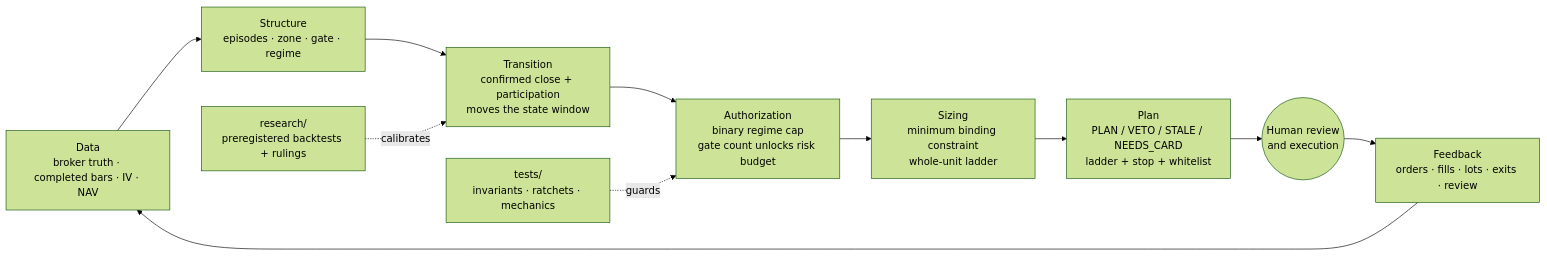
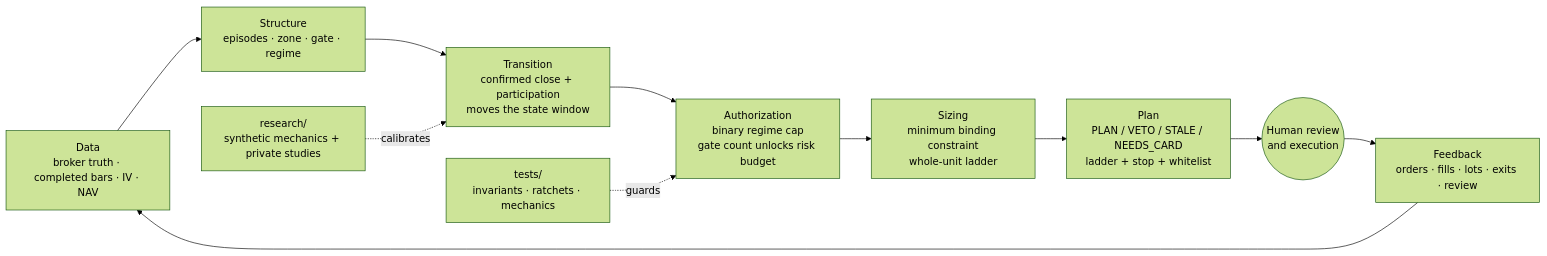
One commit to Coreychen4444/coreytrading changed the first of 5 diagrams in README.md. Above: the diagram before and after it, drawn with Mermaid (forest theme). The commit also changed other lines of this file and 105 other files, not shown here.

````diff
--- a/README.md
+++ b/README.md
@@ -25,13 +25,13 @@
 ```mermaid
 flowchart LR
     D["Data<br/>broker truth · completed bars · IV · NAV"] --> M["Structure<br/>episodes · zone · gate · regime"]
     M --> T["Transition<br/>confirmed close + participation<br/>moves the state window"]
     T --> A["Authorization<br/>binary regime cap<br/>gate count unlocks risk budget"]
     A --> S["Sizing<br/>minimum binding constraint<br/>whole-unit ladder"]
     S --> P["Plan<br/>PLAN / VETO / STALE / NEEDS_CARD<br/>ladder + stop + whitelist"]
     P --> E(("Human review<br/>and execution"))
     E --> F["Feedback<br/>orders · fills · lots · exits · review"]
     F --> D
-    R["research/<br/>preregistered backtests + rulings"] -. calibrates .-> T
+    R["research/<br/>synthetic mechanics + private studies"] -. calibrates .-> T
     TS["tests/<br/>invariants · ratchets · mechanics"] -. guards .-> A
 ```
````
